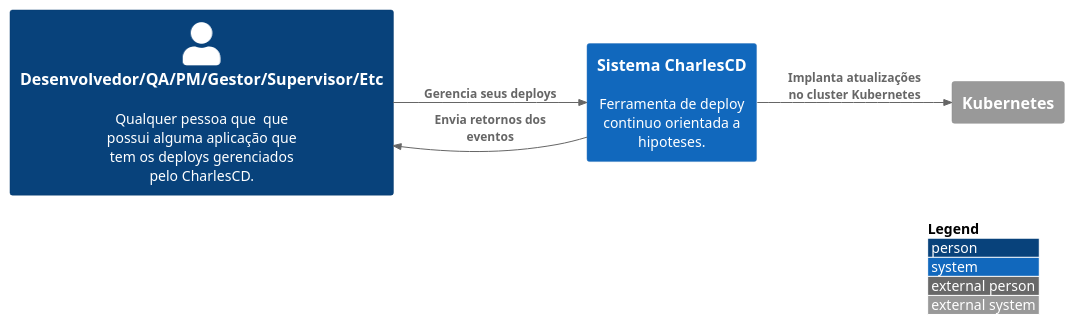
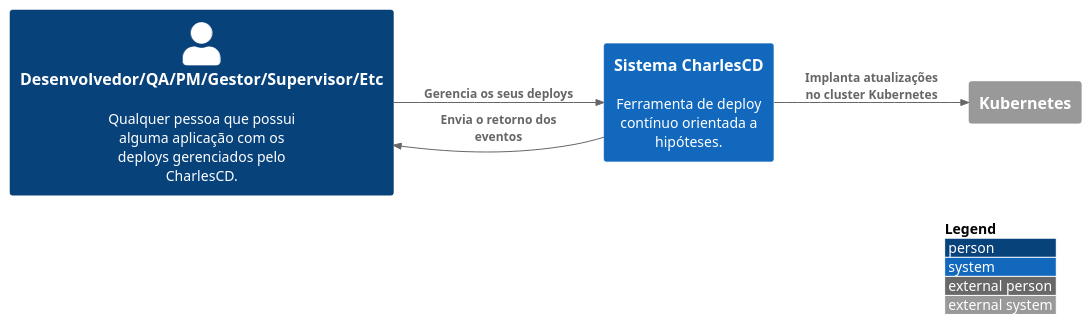
One commit to ZupIT/charlescd-c4model changed the diagram in pt-br/src/C1 -  Context/c1.puml. Above: the diagram before and after it, drawn with PlantUML. The commit also changed 19 other files, not shown here.

```diff
--- a/pt-br/src/C1 -  Context/c1.puml
+++ b/pt-br/src/C1 -  Context/c1.puml
@@ -1,17 +1,17 @@
 @startuml c1
 !include https://raw.githubusercontent.com/adrianvlupu/C4-PlantUML/latest/C4_Context.puml
 
 LAYOUT_WITH_LEGEND()
 LAYOUT_LEFT_RIGHT()
 
-Person(user, "Desenvolvedor/QA/PM/Gestor/Supervisor/Etc", "Qualquer pessoa que  que possui alguma aplicação que tem os deploys gerenciados pelo CharlesCD.")
+Person(user, "Desenvolvedor/QA/PM/Gestor/Supervisor/Etc", "Qualquer pessoa que possui alguma aplicação com os deploys gerenciados pelo CharlesCD.")
 
-System(charlescd_system, "Sistema CharlesCD", "Ferramenta de deploy continuo orientada a hipoteses.")
+System(charlescd_system, "Sistema CharlesCD", "Ferramenta de deploy contínuo orientada a hipóteses.")
 System_Ext(kubernetes, "Kubernetes")
 
-Rel(user, charlescd_system, "Gerencia seus deploys")
+Rel(user, charlescd_system, "Gerencia os seus deploys")
 Rel(charlescd_system, kubernetes, "Implanta atualizações no cluster Kubernetes")
-Rel(charlescd_system, user, "Envia retornos dos eventos")
+Rel(charlescd_system, user, "Envia o retorno dos eventos")
 
 
 @enduml
```
